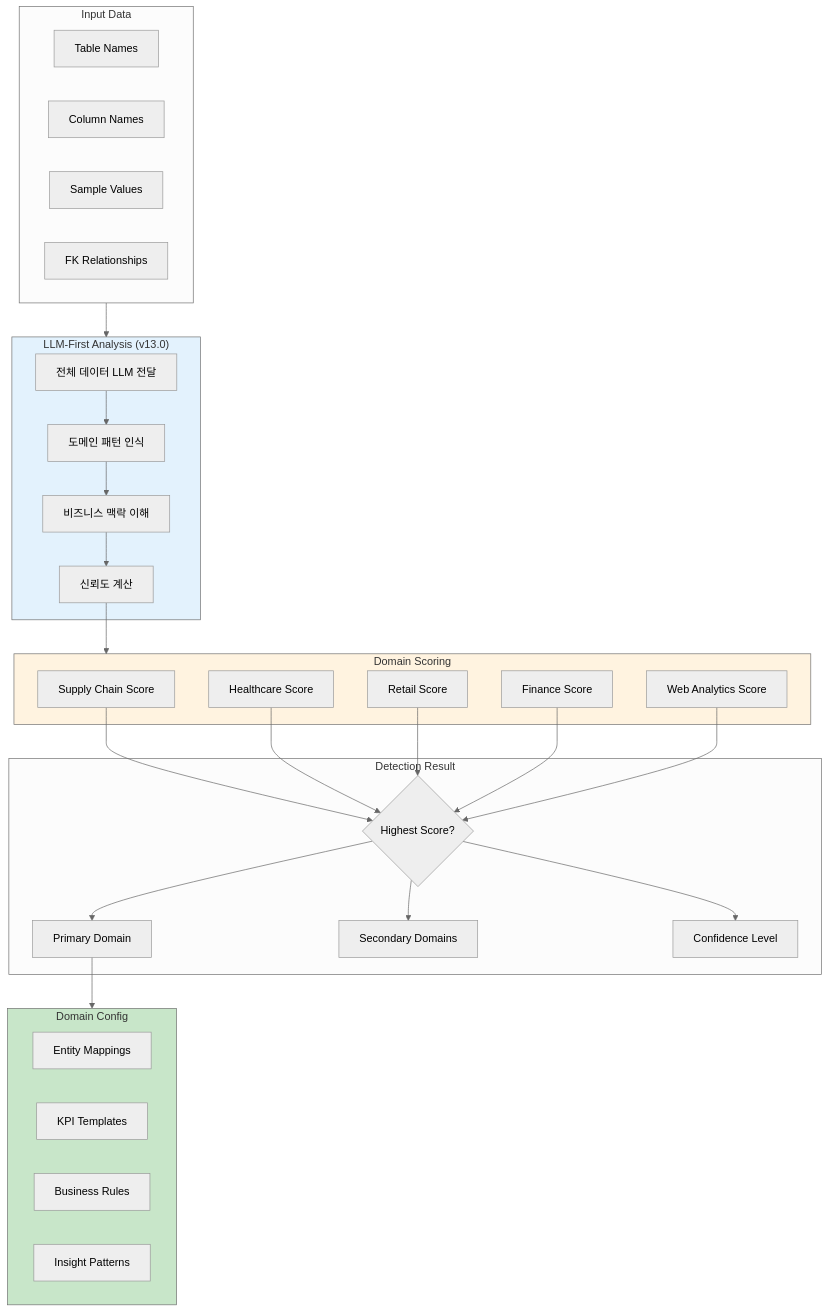
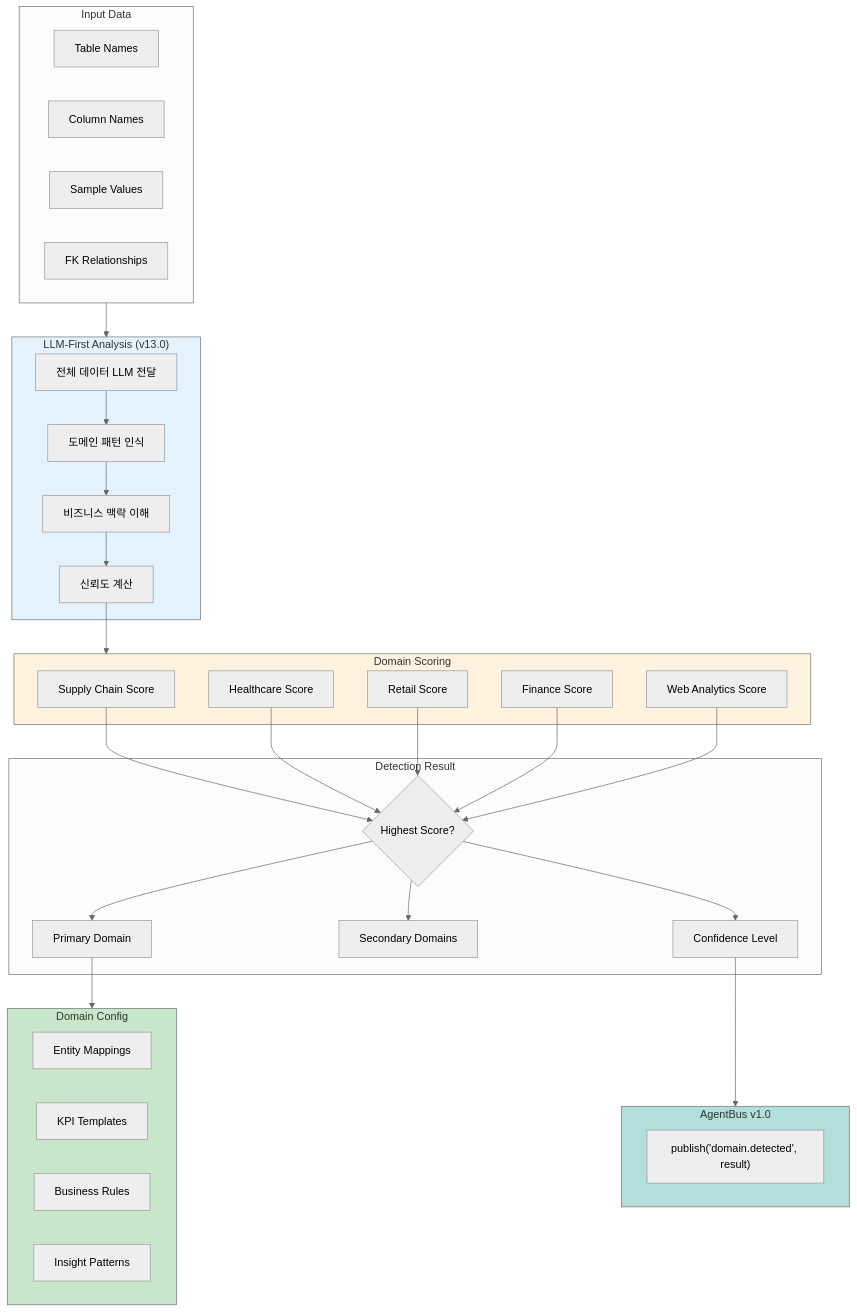
The first of 11 diagrams in docs/diagrams/08-domain-detection.md (sabill123/ontology), drawn with Mermaid (neutral theme) before and after one commit. The commit also changed other lines of this file and 176 other files, not shown here.

````diff
--- a/docs/diagrams/08-domain-detection.md
+++ b/docs/diagrams/08-domain-detection.md
@@ -8,49 +8,55 @@
 ```mermaid
 flowchart TB
     subgraph INPUT["Input Data"]
         I1["Table Names"]
         I2["Column Names"]
         I3["Sample Values"]
         I4["FK Relationships"]
     end
 
     subgraph LLM_ANALYSIS["LLM-First Analysis (v13.0)"]
         L1["전체 데이터 LLM 전달"]
         L2["도메인 패턴 인식"]
         L3["비즈니스 맥락 이해"]
         L4["신뢰도 계산"]
     end
 
     subgraph SCORING["Domain Scoring"]
         S1["Supply Chain Score"]
         S2["Healthcare Score"]
         S3["Retail Score"]
         S4["Finance Score"]
         S5["Web Analytics Score"]
     end
 
     subgraph RESULT["Detection Result"]
         R1{Highest Score?}
         R2["Primary Domain"]
         R3["Secondary Domains"]
         R4["Confidence Level"]
     end
 
     subgraph CONFIG["Domain Config"]
         C1["Entity Mappings"]
         C2["KPI Templates"]
         C3["Business Rules"]
         C4["Insight Patterns"]
     end
 
+    subgraph AGENTBUS["AgentBus v1.0"]
+        AB1["publish('domain.detected', result)"]
+    end
+
     INPUT --> LLM_ANALYSIS
     L1 --> L2 --> L3 --> L4
     L4 --> SCORING
     S1 & S2 & S3 & S4 & S5 --> R1
     R1 --> R2 & R3 & R4
     R2 --> CONFIG
+    R4 --> AGENTBUS
 
     style LLM_ANALYSIS fill:#e3f2fd
     style SCORING fill:#fff3e0
     style CONFIG fill:#c8e6c9
+    style AGENTBUS fill:#b2dfdb
 ```
````
